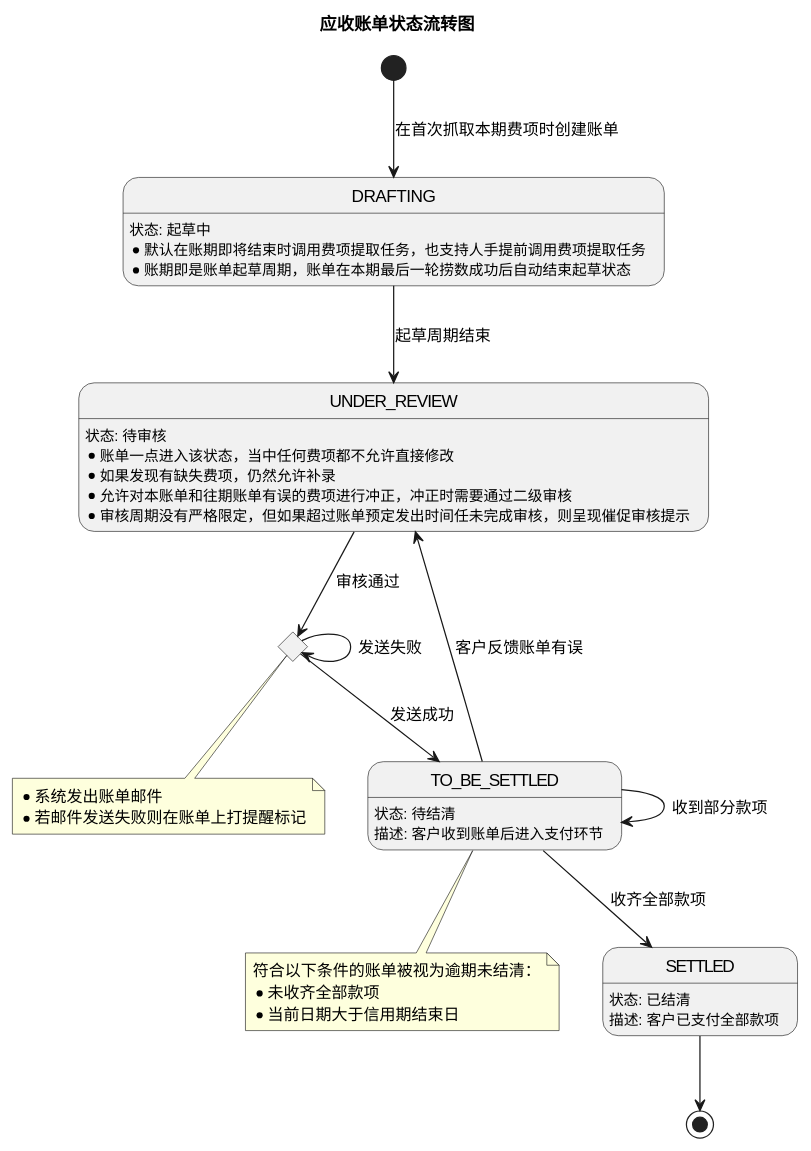
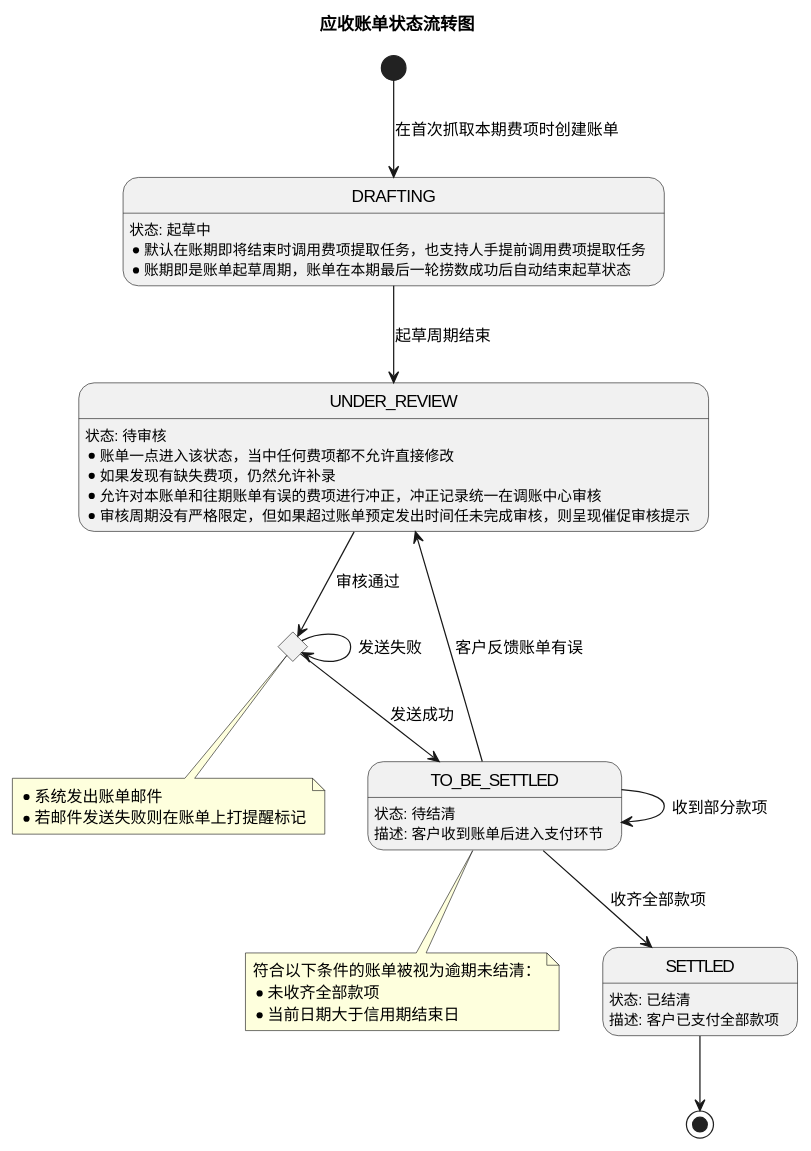
The fourth of 11 diagrams in product-caliber/bms/prd/财务系统.PRD.md (jack888332/projects-doc), drawn with PlantUML before and after one commit. The commit also changed other lines of this file, not shown here.

````diff
--- a/product-caliber/bms/prd/财务系统.PRD.md
+++ b/product-caliber/bms/prd/财务系统.PRD.md
@@ -566,30 +573,30 @@
 ```plantuml
 @startuml
 title 应收账单状态流转图
 top to bottom direction
 state DRAFTING : 状态: 起草中\n* 默认在账期即将结束时调用费项提取任务，也支持人手提前调用费项提取任务\n* 账期即是账单起草周期，账单在本期最后一轮捞数成功后自动结束起草状态
-state UNDER_REVIEW : 状态: 待审核\n* 账单一点进入该状态，当中任何费项都不允许直接修改\n* 如果发现有缺失费项，仍然允许补录\n* 允许对本账单和往期账单有误的费项进行冲正，冲正时需要通过二级审核\n* 审核周期没有严格限定，但如果超过账单预定发出时间任未完成审核，则呈现催促审核提示
+state UNDER_REVIEW : 状态: 待审核\n* 账单一点进入该状态，当中任何费项都不允许直接修改\n* 如果发现有缺失费项，仍然允许补录\n* 允许对本账单和往期账单有误的费项进行冲正，冲正记录统一在调账中心审核\n* 审核周期没有严格限定，但如果超过账单预定发出时间任未完成审核，则呈现催促审核提示
 state TO_BE_SENT <<choice>>
 note bottom of TO_BE_SENT
   * 系统发出账单邮件
   * 若邮件发送失败则在账单上打提醒标记
 end note
 state TO_BE_SETTLED : 状态: 待结清\n描述: 客户收到账单后进入支付环节
 note bottom of TO_BE_SETTLED
   符合以下条件的账单被视为逾期未结清：
   * 未收齐全部款项
   * 当前日期大于信用期结束日
 end note
 state SETTLED : 状态: 已结清\n描述: 客户已支付全部款项
 '------------------------------------------'
 [*] --> DRAFTING : 在首次抓取本期费项时创建账单
 DRAFTING --> UNDER_REVIEW : 起草周期结束
 UNDER_REVIEW --> TO_BE_SENT : 审核通过
 TO_BE_SENT --> TO_BE_SETTLED : 发送成功
 TO_BE_SENT --> TO_BE_SENT : 发送失败
 TO_BE_SETTLED --> UNDER_REVIEW : 客户反馈账单有误
 TO_BE_SETTLED --> TO_BE_SETTLED : 收到部分款项
 TO_BE_SETTLED --> SETTLED : 收齐全部款项
 SETTLED --> [*]
 @enduml
 ```
````
